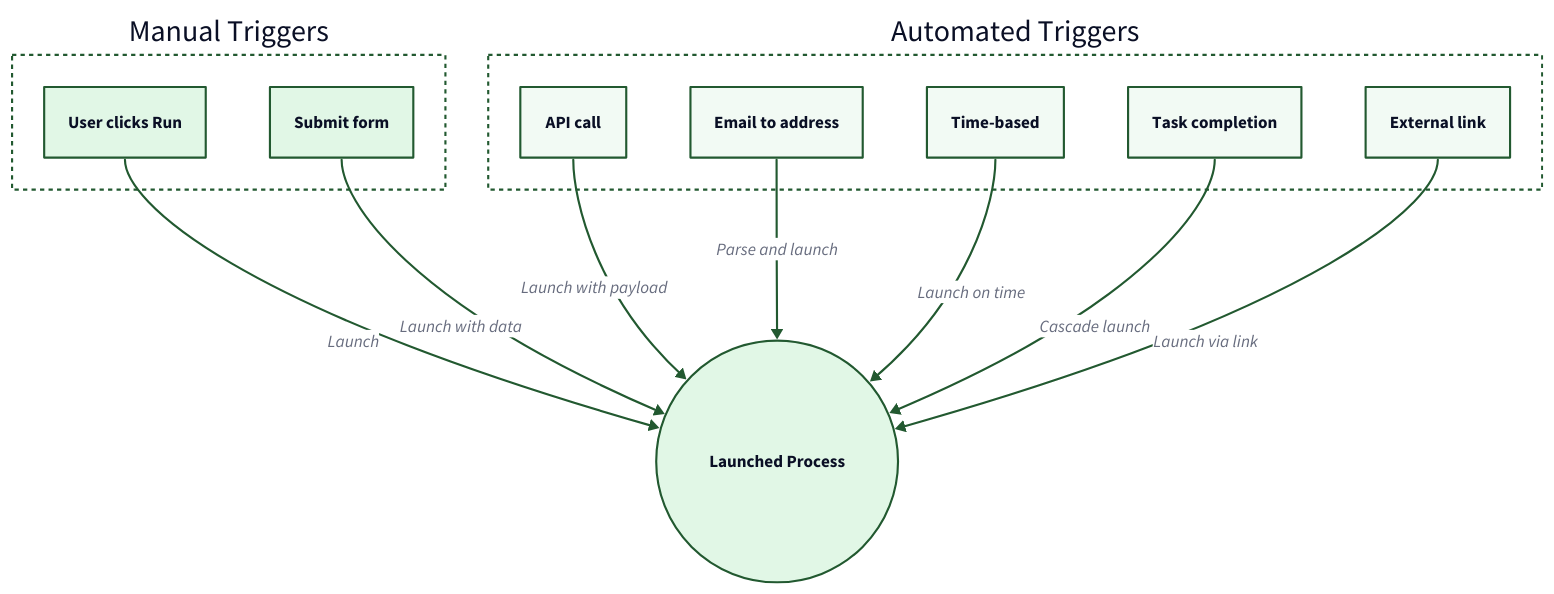
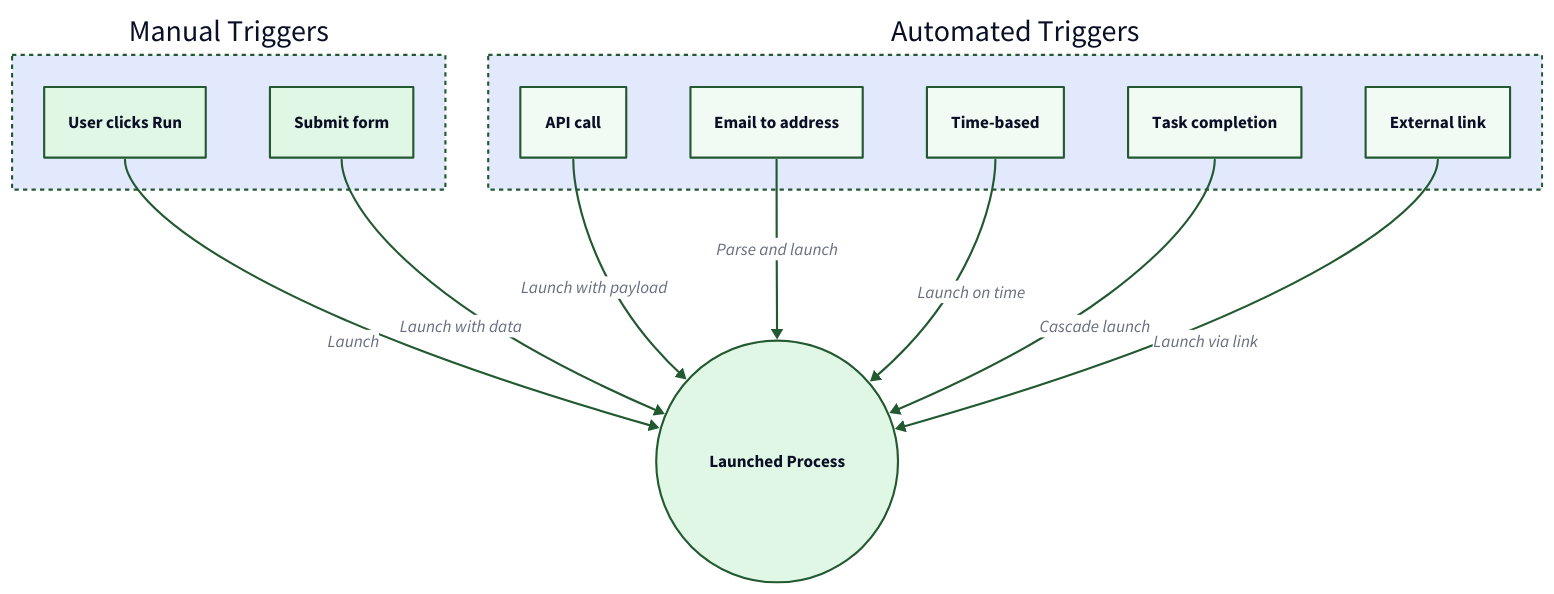
One commit to tallyfy/documentation changed the diagram in src/content/docs/pro/launching/triggers/index.mdx. Above: the diagram before and after it, drawn with D2. The commit also changed 66 other files, not shown here.

````diff
--- a/src/content/docs/pro/launching/triggers/index.mdx
+++ b/src/content/docs/pro/launching/triggers/index.mdx
@@ -40,79 +40,77 @@
 ```d2
 # Process Launch Triggers
 direction: down
 
 # Trigger Groups
 Manual Triggers: {
-  style.fill: "#ffffff"
   style.stroke: "#225930"
   style.stroke-dash: 2
   
   Manual: User clicks Run {
     style.fill: "#e1f7e6"
     style.stroke: "#225930"
   }
   Form: Submit form {
     style.fill: "#e1f7e6"
     style.stroke: "#225930"
   }
 }
 
 Automated Triggers: {
-  style.fill: "#ffffff"
   style.stroke: "#225930"
   style.stroke-dash: 2
   
   API: API call {
     style.fill: "#f2faf4"
     style.stroke: "#225930"
   }
   Email: Email to address {
     style.fill: "#f2faf4"
     style.stroke: "#225930"
   }
   Schedule: Time-based {
     style.fill: "#f2faf4"
     style.stroke: "#225930"
   }
   Task: Task completion {
     style.fill: "#f2faf4"
     style.stroke: "#225930"
   }
   Magic: External link {
     style.fill: "#f2faf4"
     style.stroke: "#225930"
   }
 }
 
 # Result
 Process: Launched Process {
   shape: circle
   style.fill: "#e1f7e6"
   style.stroke: "#225930"
   style.stroke-width: 2
 }
 
 # Connections
 Manual Triggers.Manual -> Process: Launch {
   style.stroke: "#225930"
 }
 Manual Triggers.Form -> Process: Launch with data {
   style.stroke: "#225930"
 }
 
 Automated Triggers.API -> Process: Launch with payload {
   style.stroke: "#225930"
 }
 Automated Triggers.Email -> Process: Parse and launch {
   style.stroke: "#225930"
 }
 Automated Triggers.Schedule -> Process: Launch on time {
   style.stroke: "#225930"
 }
 Automated Triggers.Task -> Process: Cascade launch {
   style.stroke: "#225930"
 }
 Automated Triggers.Magic -> Process: Launch via link {
   style.stroke: "#225930"
 }
 ```
````
